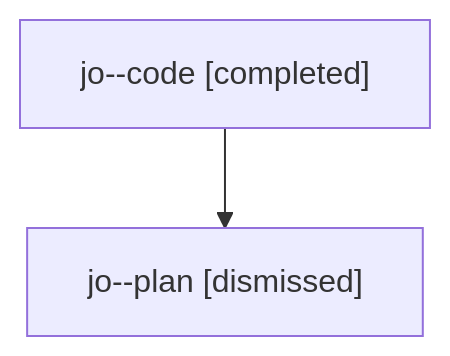
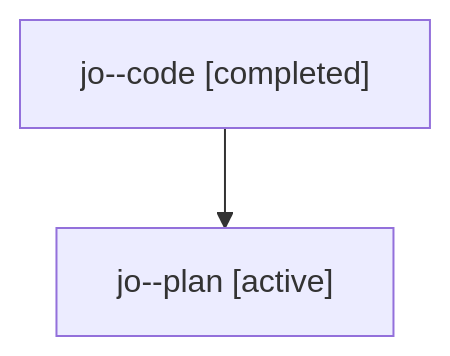
One commit to sase-org/sase--agents changed the diagram in families/bbugyi200.athena.jo.md. Above: the diagram before and after it, drawn with Mermaid. The commit also changed other lines of this file and 8679 other files, not shown here.

````diff
--- a/families/bbugyi200.athena.jo.md
+++ b/families/bbugyi200.athena.jo.md
@@ -9,6 +9,6 @@
 ```mermaid
 flowchart TD
   n0["jo--code [completed]"]
-  n1["jo--plan [dismissed]"]
+  n1["jo--plan [active]"]
   n0 --> n1
 ```
````
